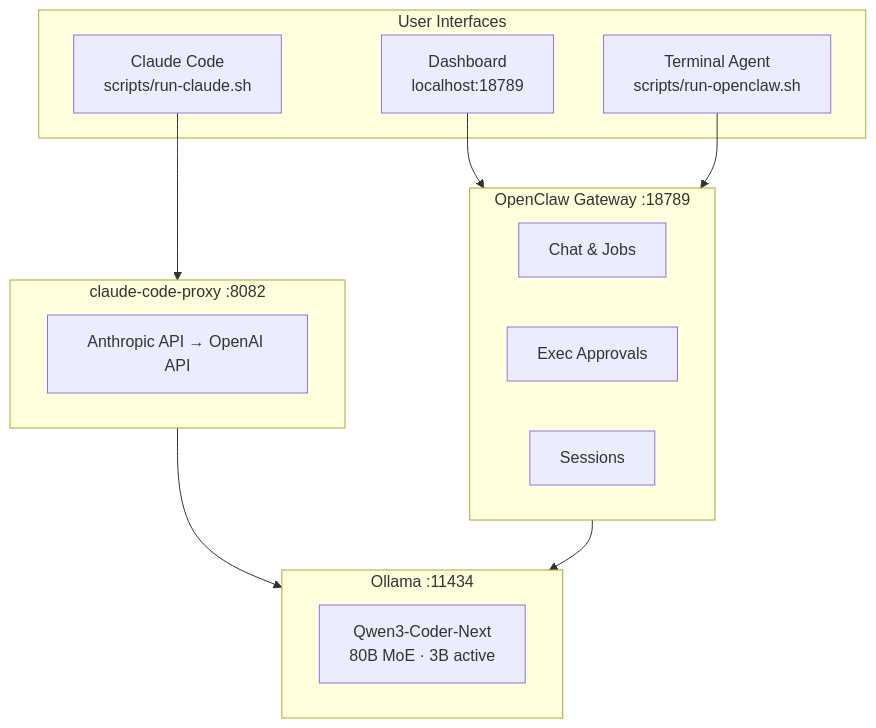
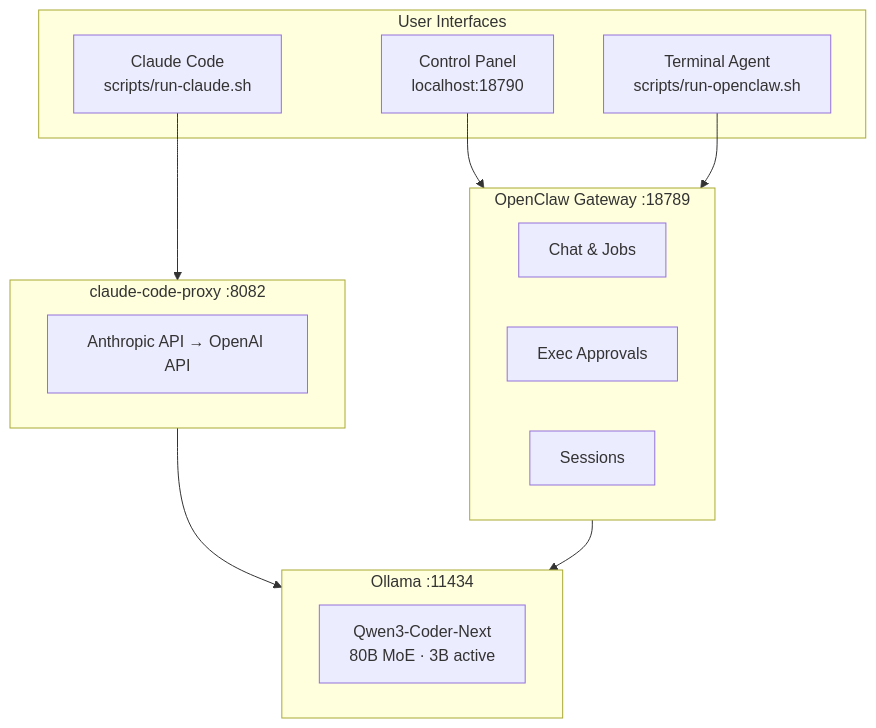
One commit to mvalancy/tritium-coder changed the first of 3 diagrams in README.md. Above: the diagram before and after it, drawn with Mermaid. The commit also changed other lines of this file, not shown here.

First line of the commit message:
Fix README: correct dashboard port, use top-level commands

````diff
--- a/README.md
+++ b/README.md
@@ -56,28 +56,28 @@
 ```mermaid
 flowchart TB
     subgraph ui["User Interfaces"]
-        Browser["Dashboard\nlocalhost:18789"]
+        Browser["Control Panel\nlocalhost:18790"]
         CLI_OC["Terminal Agent\nscripts/run-openclaw.sh"]
         CLI_CC["Claude Code\nscripts/run-claude.sh"]
     end
 
     subgraph gw["OpenClaw Gateway :18789"]
         Chat["Chat & Jobs"]
         Exec["Exec Approvals"]
         Sess["Sessions"]
     end
 
     subgraph proxy["claude-code-proxy :8082"]
         Trans["Anthropic API → OpenAI API"]
     end
 
     subgraph ollama["Ollama :11434"]
         Model["Qwen3-Coder-Next\n80B MoE · 3B active"]
     end
 
     Browser --> gw
     CLI_OC --> gw
     CLI_CC --> proxy
     proxy --> ollama
     gw --> ollama
 ```
````
